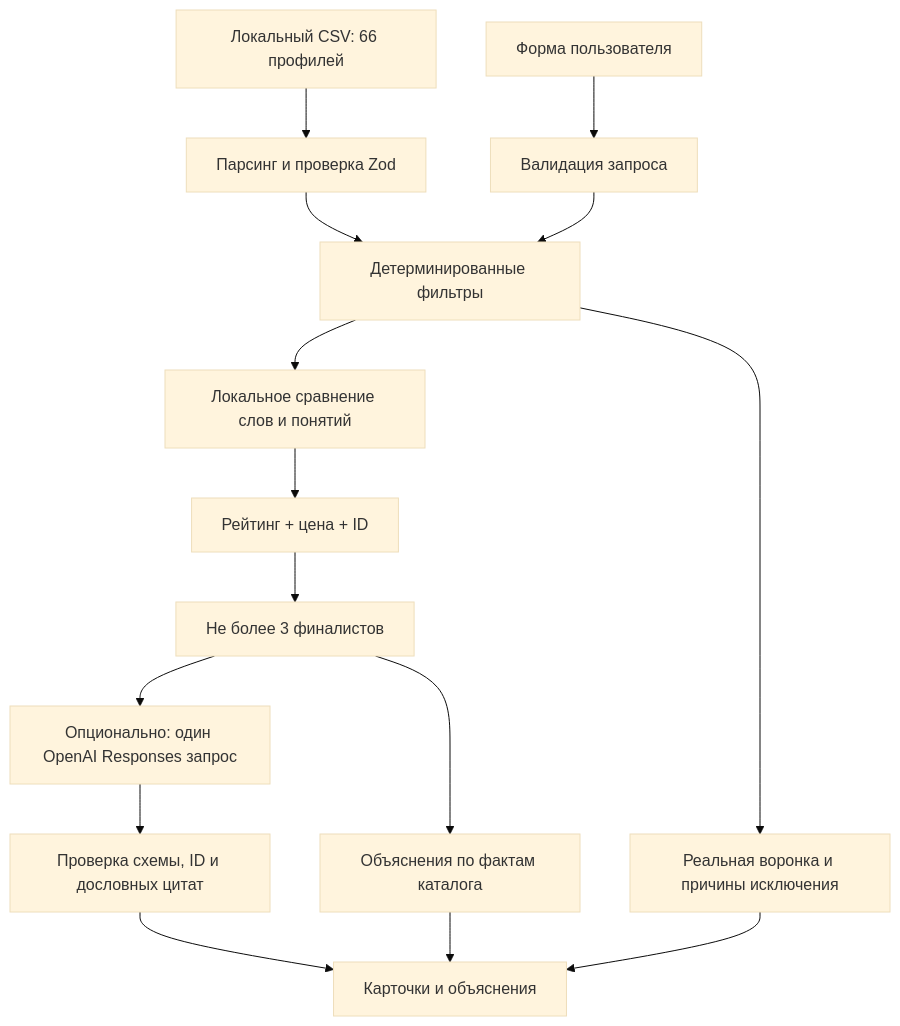
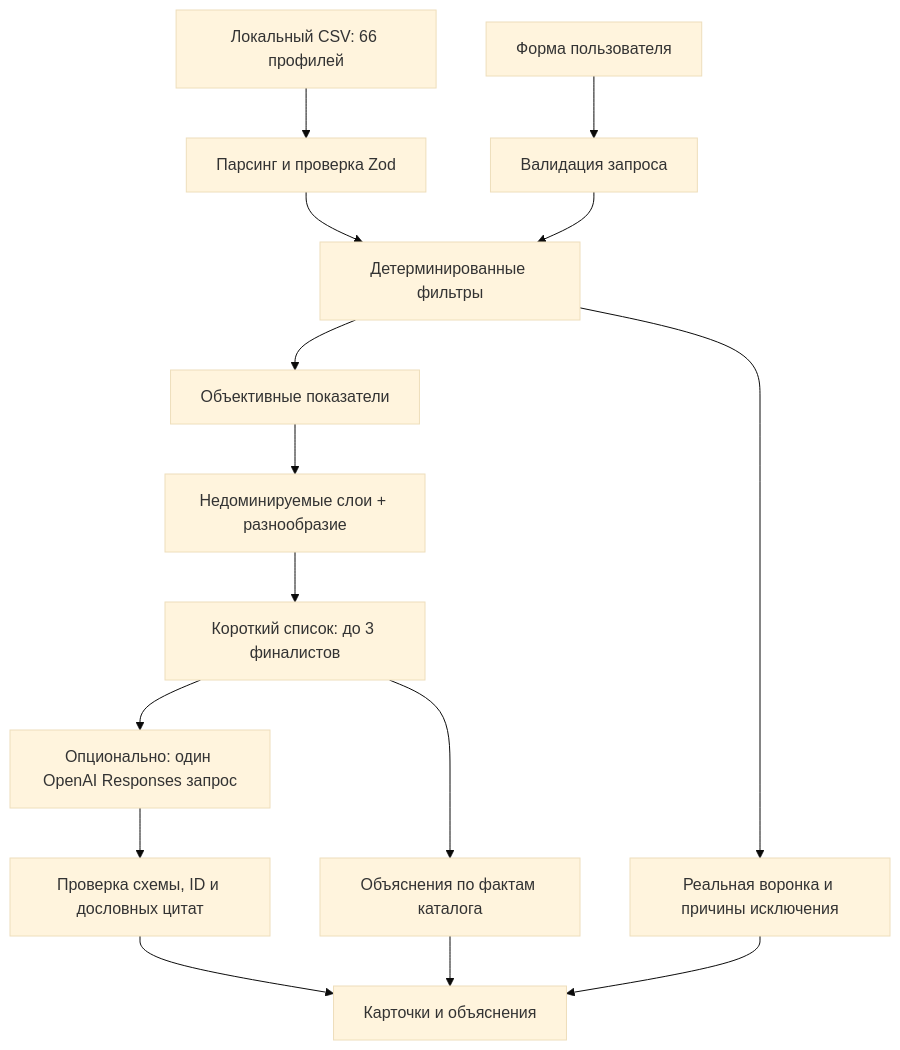
Before and after one commit to BAITC-Hacks/hack-ede9a8b1-vibe-coder: the diagram in README.md, drawn with Mermaid (base theme). The commit also changed other lines of this file and 14 other files, not shown here.

````diff
--- a/README.md
+++ b/README.md
@@ -13,17 +13,17 @@
 ```mermaid
 flowchart TD
     CSV[Локальный CSV: 66 профилей] --> Parse[Парсинг и проверка Zod]
     Form[Форма пользователя] --> Validate[Валидация запроса]
     Parse --> Filter[Детерминированные фильтры]
     Validate --> Filter
     Filter --> Trace[Реальная воронка и причины исключения]
-    Filter --> Local[Локальное сравнение слов и понятий]
-    Local --> Rank[Рейтинг + цена + ID]
-    Rank --> Top[Не более 3 финалистов]
+    Filter --> Objectives[Объективные показатели]
+    Objectives --> Pareto[Недоминируемые слои + разнообразие]
+    Pareto --> Top[Короткий список: до 3 финалистов]
     Top --> Fallback[Объяснения по фактам каталога]
     Top --> AI[Опционально: один OpenAI Responses запрос]
     AI --> Check[Проверка схемы, ID и дословных цитат]
     Check --> Result[Карточки и объяснения]
     Fallback --> Result
     Trace --> Result
 ```
````
